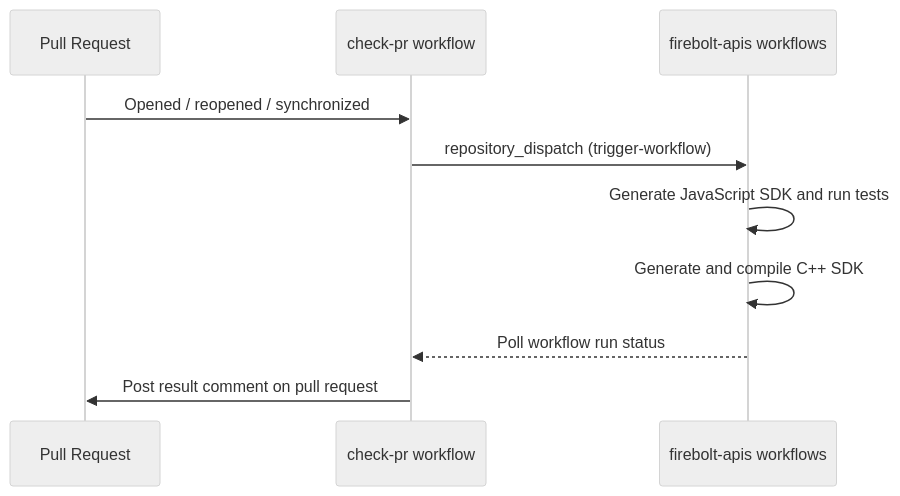
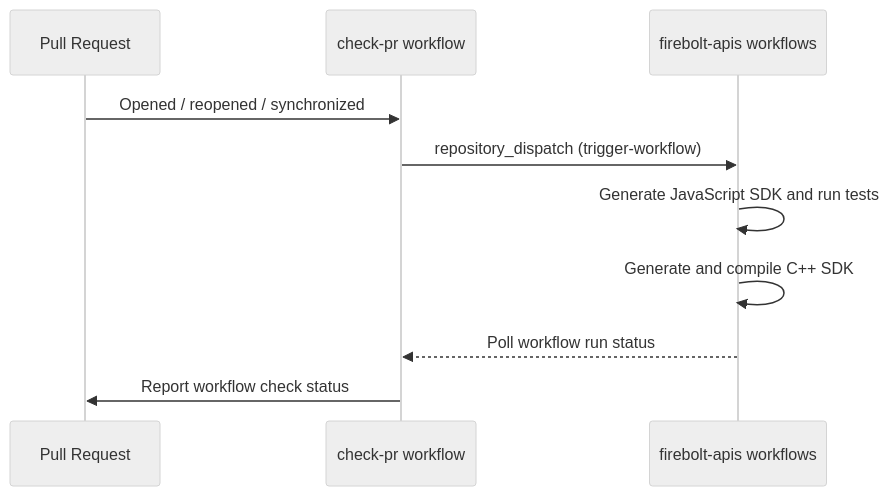
Before and after one commit to rdkcentral/firebolt-openrpc: the seventh of 7 diagrams in docs/README.md, drawn with Mermaid (neutral theme). The commit also changed other lines of this file, not shown here.

````diff
--- a/docs/README.md
+++ b/docs/README.md
@@ -344,13 +344,13 @@
 ```mermaid
 sequenceDiagram
     participant PR as Pull Request
     participant CheckPR as check-pr workflow
     participant FireboltAPIs as firebolt-apis workflows
 
     PR->>CheckPR: Opened / reopened / synchronized
     CheckPR->>FireboltAPIs: repository_dispatch (trigger-workflow)
     FireboltAPIs->>FireboltAPIs: Generate JavaScript SDK and run tests
     FireboltAPIs->>FireboltAPIs: Generate and compile C++ SDK
     FireboltAPIs-->>CheckPR: Poll workflow run status
-    CheckPR->>PR: Post result comment on pull request
+    CheckPR->>PR: Report workflow check status
 ```
````
